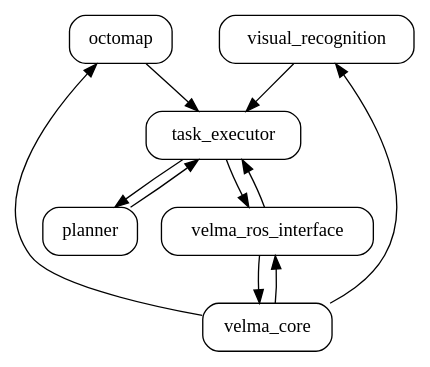
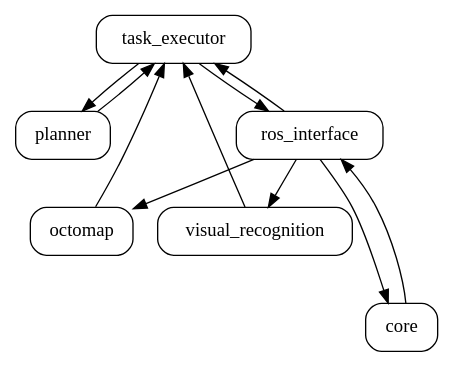
Before and after one commit to RCPRG-ros-pkg/velma_docs: the diagram in images/agents_example.dot, drawn with Graphviz. The commit also changed 517 other files, not shown here.

```diff
--- a/images/agents_example.dot
+++ b/images/agents_example.dot
@@ -1,24 +1,24 @@
 digraph graphname {
     task  [style=filled shape=box style=rounded label = "task_executor"];
     agent_a [style=filled shape=box style=rounded label = "planner"];
     agent_b [style=filled shape=box style=rounded label = "octomap"];
     agent_c [style=filled shape=box style=rounded label = "visual_recognition"];
-    velma_ros_interface [style=filled shape=box style=rounded label = "velma_ros_interface"];
-    {rank=sink velma_core [style=filled shape=box style=rounded label = "velma_core"];}
+    ros_interface [style=filled shape=box style=rounded label = "ros_interface"];
+    {rank=sink core [style=filled shape=box style=rounded label = "core"];}
 
-    velma_ros_interface -> velma_core;
-    velma_core -> velma_ros_interface;
-    velma_core -> agent_b;
-    velma_core -> agent_c;
+    ros_interface -> core;
+    core -> ros_interface;
+    ros_interface -> agent_b;
+    ros_interface -> agent_c;
 
     task -> agent_a;
 
-    velma_ros_interface -> task;
-    task -> velma_ros_interface;
+    ros_interface -> task;
+    task -> ros_interface;
 
     agent_a -> task;
     agent_b -> task;
     agent_c -> task;
 
     margin=0;   # for whole graph
 }
```
